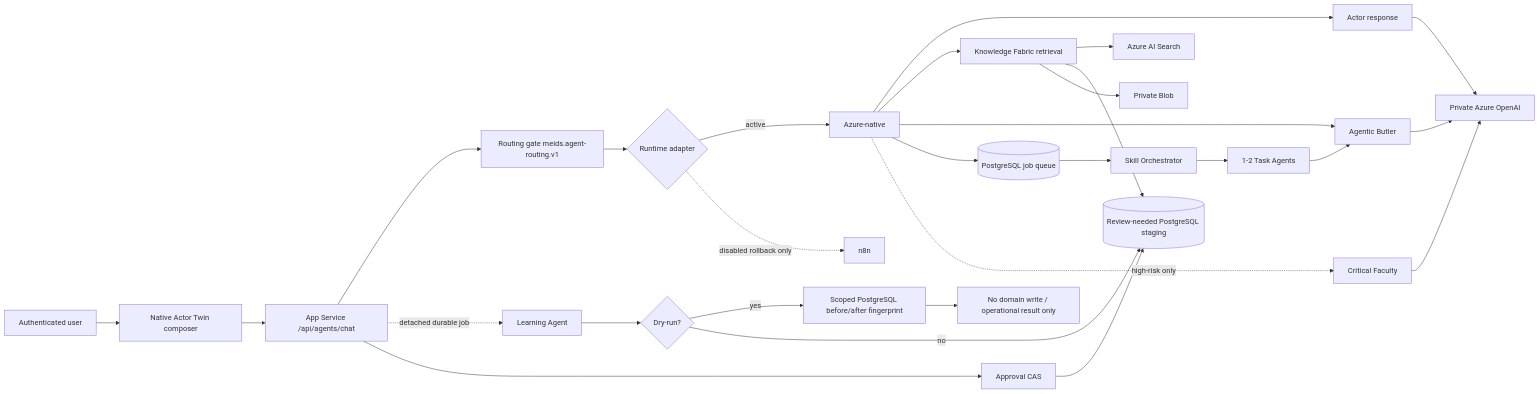
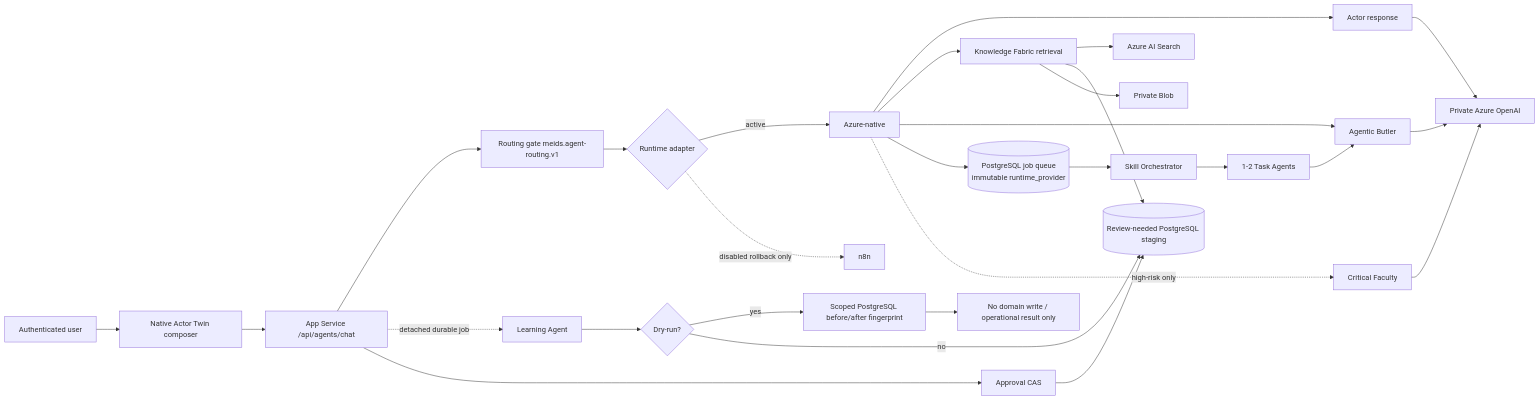
One commit to florianliepe/meids-app changed the first of 2 diagrams in docs/production/azure-native-agent-target.md. Above: the diagram before and after it, drawn with Mermaid. The commit also changed other lines of this file and 9 other files, not shown here.

Commit message:
Pin queued agent jobs to their runtime provider

````diff
--- a/docs/production/azure-native-agent-target.md
+++ b/docs/production/azure-native-agent-target.md
@@ -7,30 +7,30 @@
 ```mermaid
 flowchart LR
   U[Authenticated user] --> F[Native Actor Twin composer]
   F --> API[App Service /api/agents/chat]
   API --> G[Routing gate meids.agent-routing.v1]
   G --> AD{Runtime adapter}
   AD -->|active| AZ[Azure-native]
   AD -. disabled rollback only .-> N[n8n]
   AZ --> A[Actor response]
   AZ --> K[Knowledge Fabric retrieval]
   AZ --> B[Agentic Butler]
-  AZ --> Q[(PostgreSQL job queue)]
+  AZ --> Q[(PostgreSQL job queue<br/>immutable runtime_provider)]
   Q --> S[Skill Orchestrator]
   S --> T[1-2 Task Agents]
   T --> B
   AZ -. high-risk only .-> C[Critical Faculty]
   API -. detached durable job .-> L[Learning Agent]
   A --> AO[Private Azure OpenAI]
   B --> AO
   C --> AO
   K --> AS[Azure AI Search]
   L --> LD{Dry-run?}
   LD -->|yes| FP[Scoped PostgreSQL before/after fingerprint]
   LD -->|no| PG[(Review-needed PostgreSQL staging)]
   FP --> NW[No domain write / operational result only]
   API --> AP[Approval CAS]
   AP --> PG
   K --> PG
   K --> BL[Private Blob]
 ```
````
